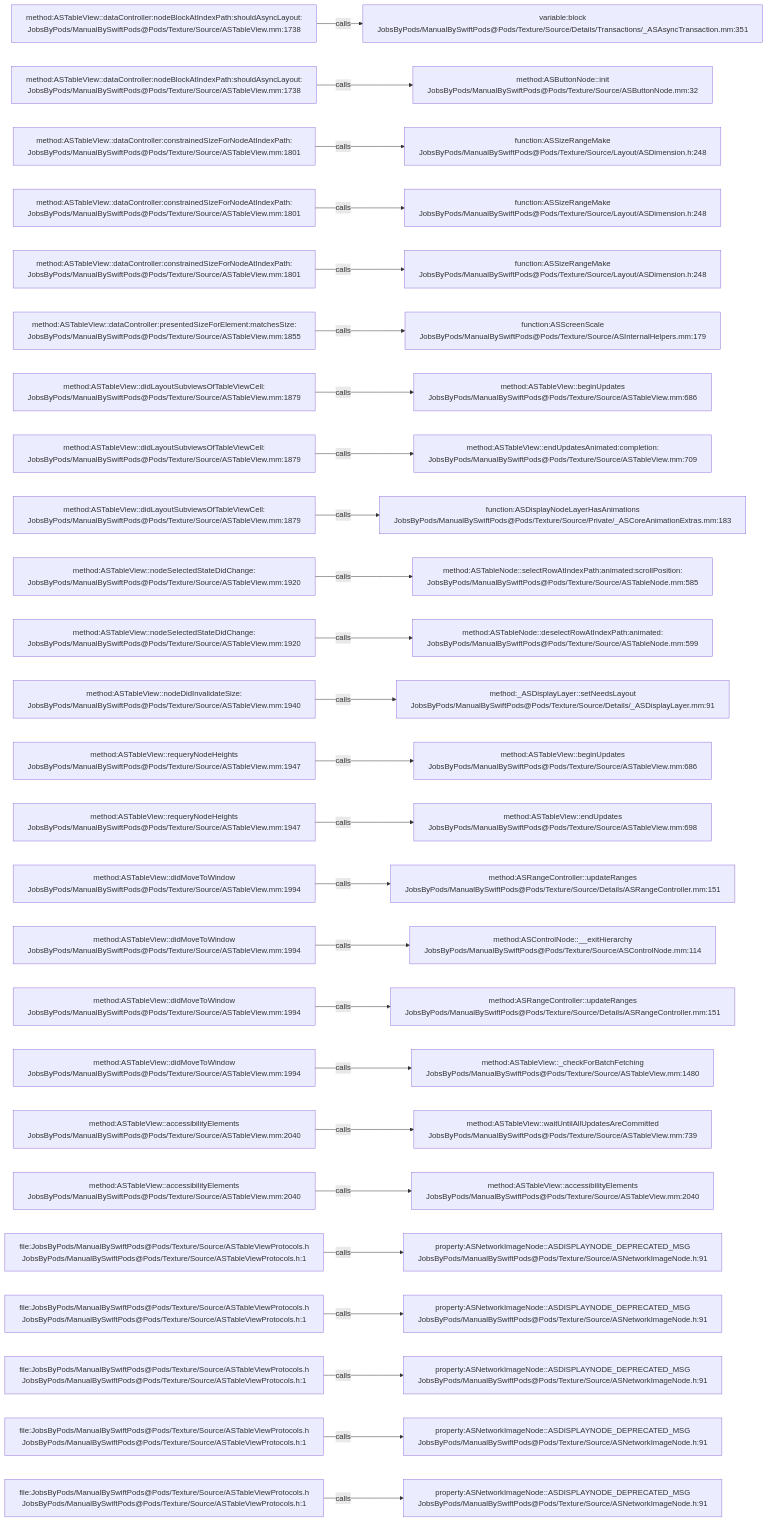
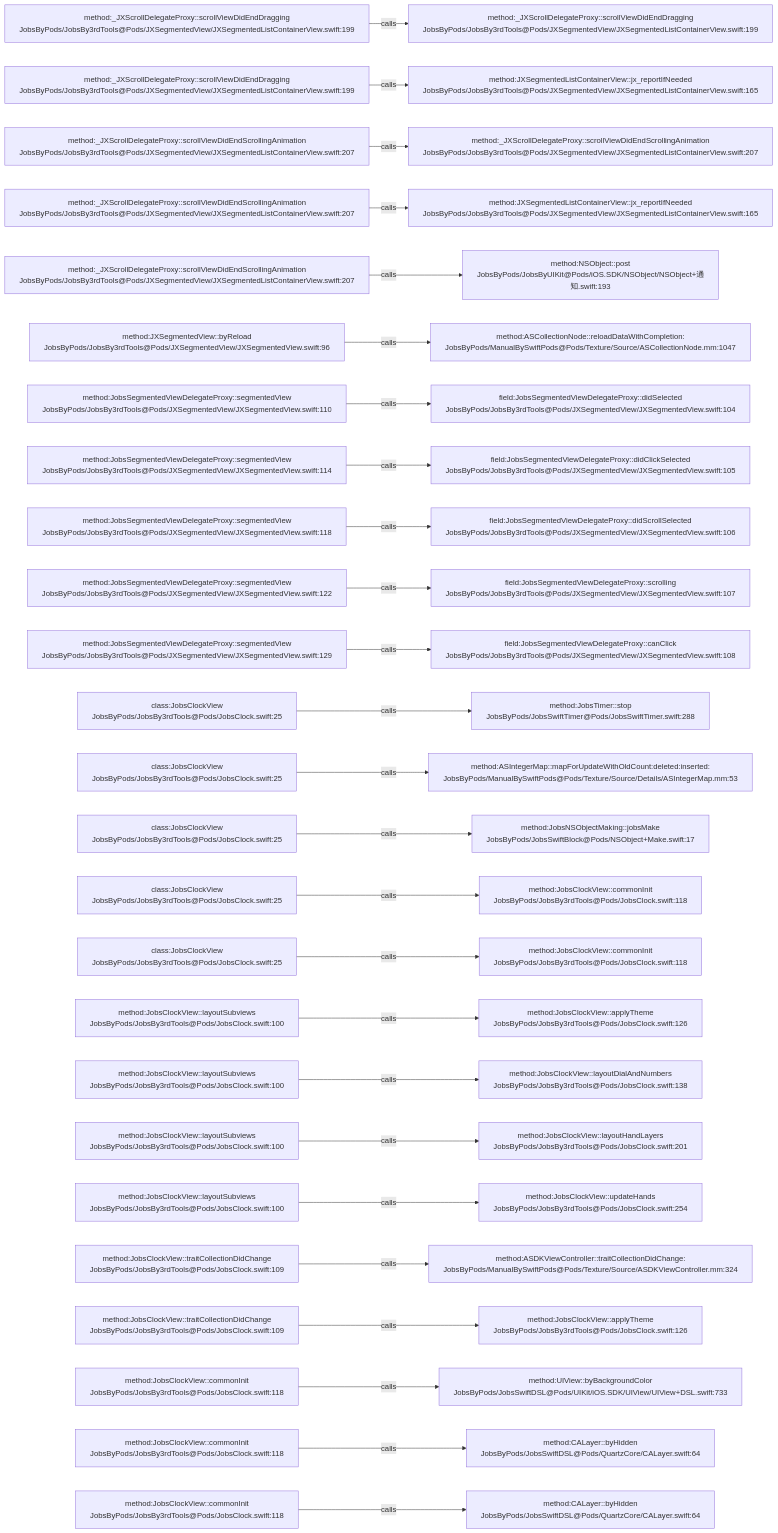
The diagram in .codegraph/codegraph.md/graphs/calls-063.md (JobsKits/JobsSwiftBaseConfigDemo), drawn with Mermaid before and after one commit. The commit also changed 224 other files, not shown here.

````diff
--- a/.codegraph/codegraph.md/graphs/calls-063.md
+++ b/.codegraph/codegraph.md/graphs/calls-063.md
@@ -13,78 +13,78 @@
 ```mermaid
 flowchart LR
-  S1["method:ASTableView::dataController:nodeBlockAtIndexPath:shouldAsyncLayout:<br/>JobsByPods/ManualBySwiftPods@Pods/Texture/Source/ASTableView.mm:1738"]
-  T1["variable:block<br/>JobsByPods/ManualBySwiftPods@Pods/Texture/Source/Details/Transactions/_ASAsyncTransaction.mm:351"]
+  S1["method:_JXScrollDelegateProxy::scrollViewDidEndDragging<br/>JobsByPods/JobsBy3rdTools@Pods/JXSegmentedView/JXSegmentedListContainerView.swift:199"]
+  T1["method:_JXScrollDelegateProxy::scrollViewDidEndDragging<br/>JobsByPods/JobsBy3rdTools@Pods/JXSegmentedView/JXSegmentedListContainerView.swift:199"]
   S1 -->|calls| T1
-  S2["method:ASTableView::dataController:nodeBlockAtIndexPath:shouldAsyncLayout:<br/>JobsByPods/ManualBySwiftPods@Pods/Texture/Source/ASTableView.mm:1738"]
-  T2["method:ASButtonNode::init<br/>JobsByPods/ManualBySwiftPods@Pods/Texture/Source/ASButtonNode.mm:32"]
+  S2["method:_JXScrollDelegateProxy::scrollViewDidEndDragging<br/>JobsByPods/JobsBy3rdTools@Pods/JXSegmentedView/JXSegmentedListContainerView.swift:199"]
+  T2["method:JXSegmentedListContainerView::jx_reportIfNeeded<br/>JobsByPods/JobsBy3rdTools@Pods/JXSegmentedView/JXSegmentedListContainerView.swift:165"]
   S2 -->|calls| T2
-  S3["method:ASTableView::dataController:constrainedSizeForNodeAtIndexPath:<br/>JobsByPods/ManualBySwiftPods@Pods/Texture/Source/ASTableView.mm:1801"]
-  T3["function:ASSizeRangeMake<br/>JobsByPods/ManualBySwiftPods@Pods/Texture/Source/Layout/ASDimension.h:248"]
+  S3["method:_JXScrollDelegateProxy::scrollViewDidEndScrollingAnimation<br/>JobsByPods/JobsBy3rdTools@Pods/JXSegmentedView/JXSegmentedListContainerView.swift:207"]
+  T3["method:_JXScrollDelegateProxy::scrollViewDidEndScrollingAnimation<br/>JobsByPods/JobsBy3rdTools@Pods/JXSegmentedView/JXSegmentedListContainerView.swift:207"]
   S3 -->|calls| T3
-  S4["method:ASTableView::dataController:constrainedSizeForNodeAtIndexPath:<br/>JobsByPods/ManualBySwiftPods@Pods/Texture/Source/ASTableView.mm:1801"]
-  T4["function:ASSizeRangeMake<br/>JobsByPods/ManualBySwiftPods@Pods/Texture/Source/Layout/ASDimension.h:248"]
+  S4["method:_JXScrollDelegateProxy::scrollViewDidEndScrollingAnimation<br/>JobsByPods/JobsBy3rdTools@Pods/JXSegmentedView/JXSegmentedListContainerView.swift:207"]
+  T4["method:JXSegmentedListContainerView::jx_reportIfNeeded<br/>JobsByPods/JobsBy3rdTools@Pods/JXSegmentedView/JXSegmentedListContainerView.swift:165"]
   S4 -->|calls| T4
-  S5["method:ASTableView::dataController:constrainedSizeForNodeAtIndexPath:<br/>JobsByPods/ManualBySwiftPods@Pods/Texture/Source/ASTableView.mm:1801"]
-  T5["function:ASSizeRangeMake<br/>JobsByPods/ManualBySwiftPods@Pods/Texture/Source/Layout/ASDimension.h:248"]
+  S5["method:_JXScrollDelegateProxy::scrollViewDidEndScrollingAnimation<br/>JobsByPods/JobsBy3rdTools@Pods/JXSegmentedView/JXSegmentedListContainerView.swift:207"]
+  T5["method:NSObject::post<br/>JobsByPods/JobsByUIKit@Pods/iOS.SDK/NSObject/NSObject+通知.swift:193"]
   S5 -->|calls| T5
-  S6["method:ASTableView::dataController:presentedSizeForElement:matchesSize:<br/>JobsByPods/ManualBySwiftPods@Pods/Texture/Source/ASTableView.mm:1855"]
-  T6["function:ASScreenScale<br/>JobsByPods/ManualBySwiftPods@Pods/Texture/Source/ASInternalHelpers.mm:179"]
+  S6["method:JXSegmentedView::byReload<br/>JobsByPods/JobsBy3rdTools@Pods/JXSegmentedView/JXSegmentedView.swift:96"]
+  T6["method:ASCollectionNode::reloadDataWithCompletion:<br/>JobsByPods/ManualBySwiftPods@Pods/Texture/Source/ASCollectionNode.mm:1047"]
   S6 -->|calls| T6
-  S7["method:ASTableView::didLayoutSubviewsOfTableViewCell:<br/>JobsByPods/ManualBySwiftPods@Pods/Texture/Source/ASTableView.mm:1879"]
-  T7["method:ASTableView::beginUpdates<br/>JobsByPods/ManualBySwiftPods@Pods/Texture/Source/ASTableView.mm:686"]
+  S7["method:JobsSegmentedViewDelegateProxy::segmentedView<br/>JobsByPods/JobsBy3rdTools@Pods/JXSegmentedView/JXSegmentedView.swift:110"]
+  T7["field:JobsSegmentedViewDelegateProxy::didSelected<br/>JobsByPods/JobsBy3rdTools@Pods/JXSegmentedView/JXSegmentedView.swift:104"]
   S7 -->|calls| T7
-  S8["method:ASTableView::didLayoutSubviewsOfTableViewCell:<br/>JobsByPods/ManualBySwiftPods@Pods/Texture/Source/ASTableView.mm:1879"]
-  T8["method:ASTableView::endUpdatesAnimated:completion:<br/>JobsByPods/ManualBySwiftPods@Pods/Texture/Source/ASTableView.mm:709"]
+  S8["method:JobsSegmentedViewDelegateProxy::segmentedView<br/>JobsByPods/JobsBy3rdTools@Pods/JXSegmentedView/JXSegmentedView.swift:114"]
+  T8["field:JobsSegmentedViewDelegateProxy::didClickSelected<br/>JobsByPods/JobsBy3rdTools@Pods/JXSegmentedView/JXSegmentedView.swift:105"]
   S8 -->|calls| T8
-  S9["method:ASTableView::didLayoutSubviewsOfTableViewCell:<br/>JobsByPods/ManualBySwiftPods@Pods/Texture/Source/ASTableView.mm:1879"]
-  T9["function:ASDisplayNodeLayerHasAnimations<br/>JobsByPods/ManualBySwiftPods@Pods/Texture/Source/Private/_ASCoreAnimationExtras.mm:183"]
+  S9["method:JobsSegmentedViewDelegateProxy::segmentedView<br/>JobsByPods/JobsBy3rdTools@Pods/JXSegmentedView/JXSegmentedView.swift:118"]
+  T9["field:JobsSegmentedViewDelegateProxy::didScrollSelected<br/>JobsByPods/JobsBy3rdTools@Pods/JXSegmentedView/JXSegmentedView.swift:106"]
   S9 -->|calls| T9
-  S10["method:ASTableView::nodeSelectedStateDidChange:<br/>JobsByPods/ManualBySwiftPods@Pods/Texture/Source/ASTableView.mm:1920"]
-  T10["method:ASTableNode::selectRowAtIndexPath:animated:scrollPosition:<br/>JobsByPods/ManualBySwiftPods@Pods/Texture/Source/ASTableNode.mm:585"]
+  S10["method:JobsSegmentedViewDelegateProxy::segmentedView<br/>JobsByPods/JobsBy3rdTools@Pods/JXSegmentedView/JXSegmentedView.swift:122"]
+  T10["field:JobsSegmentedViewDelegateProxy::scrolling<br/>JobsByPods/JobsBy3rdTools@Pods/JXSegmentedView/JXSegmentedView.swift:107"]
   S10 -->|calls| T10
-  S11["method:ASTableView::nodeSelectedStateDidChange:<br/>JobsByPods/ManualBySwiftPods@Pods/Texture/Source/ASTableView.mm:1920"]
-  T11["method:ASTableNode::deselectRowAtIndexPath:animated:<br/>JobsByPods/ManualBySwiftPods@Pods/Texture/Source/ASTableNode.mm:599"]
+  S11["method:JobsSegmentedViewDelegateProxy::segmentedView<br/>JobsByPods/JobsBy3rdTools@Pods/JXSegmentedView/JXSegmentedView.swift:129"]
+  T11["field:JobsSegmentedViewDelegateProxy::canClick<br/>JobsByPods/JobsBy3rdTools@Pods/JXSegmentedView/JXSegmentedView.swift:108"]
   S11 -->|calls| T11
-  S12["method:ASTableView::nodeDidInvalidateSize:<br/>JobsByPods/ManualBySwiftPods@Pods/Texture/Source/ASTableView.mm:1940"]
-  T12["method:_ASDisplayLayer::setNeedsLayout<br/>JobsByPods/ManualBySwiftPods@Pods/Texture/Source/Details/_ASDisplayLayer.mm:91"]
+  S12["class:JobsClockView<br/>JobsByPods/JobsBy3rdTools@Pods/JobsClock.swift:25"]
+  T12["method:JobsTimer::stop<br/>JobsByPods/JobsSwiftTimer@Pods/JobsSwiftTimer.swift:288"]
   S12 -->|calls| T12
-  S13["method:ASTableView::requeryNodeHeights<br/>JobsByPods/ManualBySwiftPods@Pods/Texture/Source/ASTableView.mm:1947"]
-  T13["method:ASTableView::beginUpdates<br/>JobsByPods/ManualBySwiftPods@Pods/Texture/Source/ASTableView.mm:686"]
+  S13["class:JobsClockView<br/>JobsByPods/JobsBy3rdTools@Pods/JobsClock.swift:25"]
+  T13["method:ASIntegerMap::mapForUpdateWithOldCount:deleted:inserted:<br/>JobsByPods/ManualBySwiftPods@Pods/Texture/Source/Details/ASIntegerMap.mm:53"]
   S13 -->|calls| T13
-  S14["method:ASTableView::requeryNodeHeights<br/>JobsByPods/ManualBySwiftPods@Pods/Texture/Source/ASTableView.mm:1947"]
-  T14["method:ASTableView::endUpdates<br/>JobsByPods/ManualBySwiftPods@Pods/Texture/Source/ASTableView.mm:698"]
+  S14["class:JobsClockView<br/>JobsByPods/JobsBy3rdTools@Pods/JobsClock.swift:25"]
+  T14["method:JobsNSObjectMaking::jobsMake<br/>JobsByPods/JobsSwiftBlock@Pods/NSObject+Make.swift:17"]
   S14 -->|calls| T14
-  S15["method:ASTableView::didMoveToWindow<br/>JobsByPods/ManualBySwiftPods@Pods/Texture/Source/ASTableView.mm:1994"]
-  T15["method:ASRangeController::updateRanges<br/>JobsByPods/ManualBySwiftPods@Pods/Texture/Source/Details/ASRangeController.mm:151"]
+  S15["class:JobsClockView<br/>JobsByPods/JobsBy3rdTools@Pods/JobsClock.swift:25"]
+  T15["method:JobsClockView::commonInit<br/>JobsByPods/JobsBy3rdTools@Pods/JobsClock.swift:118"]
   S15 -->|calls| T15
-  S16["method:ASTableView::didMoveToWindow<br/>JobsByPods/ManualBySwiftPods@Pods/Texture/Source/ASTableView.mm:1994"]
-  T16["method:ASControlNode::__exitHierarchy<br/>JobsByPods/ManualBySwiftPods@Pods/Texture/Source/ASControlNode.mm:114"]
+  S16["class:JobsClockView<br/>JobsByPods/JobsBy3rdTools@Pods/JobsClock.swift:25"]
+  T16["method:JobsClockView::commonInit<br/>JobsByPods/JobsBy3rdTools@Pods/JobsClock.swift:118"]
   S16 -->|calls| T16
-  S17["method:ASTableView::didMoveToWindow<br/>JobsByPods/ManualBySwiftPods@Pods/Texture/Source/ASTableView.mm:1994"]
-  T17["method:ASRangeController::updateRanges<br/>JobsByPods/ManualBySwiftPods@Pods/Texture/Source/Details/ASRangeController.mm:151"]
+  S17["method:JobsClockView::layoutSubviews<br/>JobsByPods/JobsBy3rdTools@Pods/JobsClock.swift:100"]
+  T17["method:JobsClockView::applyTheme<br/>JobsByPods/JobsBy3rdTools@Pods/JobsClock.swift:126"]
   S17 -->|calls| T17
-  S18["method:ASTableView::didMoveToWindow<br/>JobsByPods/ManualBySwiftPods@Pods/Texture/Source/ASTableView.mm:1994"]
-  T18["method:ASTableView::_checkForBatchFetching<br/>JobsByPods/ManualBySwiftPods@Pods/Texture/Source/ASTableView.mm:1480"]
+  S18["method:JobsClockView::layoutSubviews<br/>JobsByPods/JobsBy3rdTools@Pods/JobsClock.swift:100"]
+  T18["method:JobsClockView::layoutDialAndNumbers<br/>JobsByPods/JobsBy3rdTools@Pods/JobsClock.swift:138"]
   S18 -->|calls| T18
-  S19["method:ASTableView::accessibilityElements<br/>JobsByPods/ManualBySwiftPods@Pods/Texture/Source/ASTableView.mm:2040"]
-  T19["method:ASTableView::waitUntilAllUpdatesAreCommitted<br/>JobsByPods/ManualBySwiftPods@Pods/Texture/Source/ASTableView.mm:739"]
+  S19["method:JobsClockView::layoutSubviews<br/>JobsByPods/JobsBy3rdTools@Pods/JobsClock.swift:100"]
+  T19["method:JobsClockView::layoutHandLayers<br/>JobsByPods/JobsBy3rdTools@Pods/JobsClock.swift:201"]
   S19 -->|calls| T19
-  S20["method:ASTableView::accessibilityElements<br/>JobsByPods/ManualBySwiftPods@Pods/Texture/Source/ASTableView.mm:2040"]
-  T20["method:ASTableView::accessibilityElements<br/>JobsByPods/ManualBySwiftPods@Pods/Texture/Source/ASTableView.mm:2040"]
+  S20["method:JobsClockView::layoutSubviews<br/>JobsByPods/JobsBy3rdTools@Pods/JobsClock.swift:100"]
+  T20["method:JobsClockView::updateHands<br/>JobsByPods/JobsBy3rdTools@Pods/JobsClock.swift:254"]
   S20 -->|calls| T20
-  S21["file:JobsByPods/ManualBySwiftPods@Pods/Texture/Source/ASTableViewProtocols.h<br/>JobsByPods/ManualBySwiftPods@Pods/Texture/Source/ASTableViewProtocols.h:1"]
-  T21["property:ASNetworkImageNode::ASDISPLAYNODE_DEPRECATED_MSG<br/>JobsByPods/ManualBySwiftPods@Pods/Texture/Source/ASNetworkImageNode.h:91"]
+  S21["method:JobsClockView::traitCollectionDidChange<br/>JobsByPods/JobsBy3rdTools@Pods/JobsClock.swift:109"]
+  T21["method:ASDKViewController::traitCollectionDidChange:<br/>JobsByPods/ManualBySwiftPods@Pods/Texture/Source/ASDKViewController.mm:324"]
   S21 -->|calls| T21
-  S22["file:JobsByPods/ManualBySwiftPods@Pods/Texture/Source/ASTableViewProtocols.h<br/>JobsByPods/ManualBySwiftPods@Pods/Texture/Source/ASTableViewProtocols.h:1"]
-  T22["property:ASNetworkImageNode::ASDISPLAYNODE_DEPRECATED_MSG<br/>JobsByPods/ManualBySwiftPods@Pods/Texture/Source/ASNetworkImageNode.h:91"]
+  S22["method:JobsClockView::traitCollectionDidChange<br/>JobsByPods/JobsBy3rdTools@Pods/JobsClock.swift:109"]
+  T22["method:JobsClockView::applyTheme<br/>JobsByPods/JobsBy3rdTools@Pods/JobsClock.swift:126"]
   S22 -->|calls| T22
-  S23["file:JobsByPods/ManualBySwiftPods@Pods/Texture/Source/ASTableViewProtocols.h<br/>JobsByPods/ManualBySwiftPods@Pods/Texture/Source/ASTableViewProtocols.h:1"]
-  T23["property:ASNetworkImageNode::ASDISPLAYNODE_DEPRECATED_MSG<br/>JobsByPods/ManualBySwiftPods@Pods/Texture/Source/ASNetworkImageNode.h:91"]
+  S23["method:JobsClockView::commonInit<br/>JobsByPods/JobsBy3rdTools@Pods/JobsClock.swift:118"]
+  T23["method:UIView::byBackgroundColor<br/>JobsByPods/JobsSwiftDSL@Pods/UIKit/iOS.SDK/UIView/UIView+DSL.swift:733"]
   S23 -->|calls| T23
-  S24["file:JobsByPods/ManualBySwiftPods@Pods/Texture/Source/ASTableViewProtocols.h<br/>JobsByPods/ManualBySwiftPods@Pods/Texture/Source/ASTableViewProtocols.h:1"]
-  T24["property:ASNetworkImageNode::ASDISPLAYNODE_DEPRECATED_MSG<br/>JobsByPods/ManualBySwiftPods@Pods/Texture/Source/ASNetworkImageNode.h:91"]
+  S24["method:JobsClockView::commonInit<br/>JobsByPods/JobsBy3rdTools@Pods/JobsClock.swift:118"]
+  T24["method:CALayer::byHidden<br/>JobsByPods/JobsSwiftDSL@Pods/QuartzCore/CALayer.swift:64"]
   S24 -->|calls| T24
-  S25["file:JobsByPods/ManualBySwiftPods@Pods/Texture/Source/ASTableViewProtocols.h<br/>JobsByPods/ManualBySwiftPods@Pods/Texture/Source/ASTableViewProtocols.h:1"]
-  T25["property:ASNetworkImageNode::ASDISPLAYNODE_DEPRECATED_MSG<br/>JobsByPods/ManualBySwiftPods@Pods/Texture/Source/ASNetworkImageNode.h:91"]
+  S25["method:JobsClockView::commonInit<br/>JobsByPods/JobsBy3rdTools@Pods/JobsClock.swift:118"]
+  T25["method:CALayer::byHidden<br/>JobsByPods/JobsSwiftDSL@Pods/QuartzCore/CALayer.swift:64"]
   S25 -->|calls| T25
 ```
````
